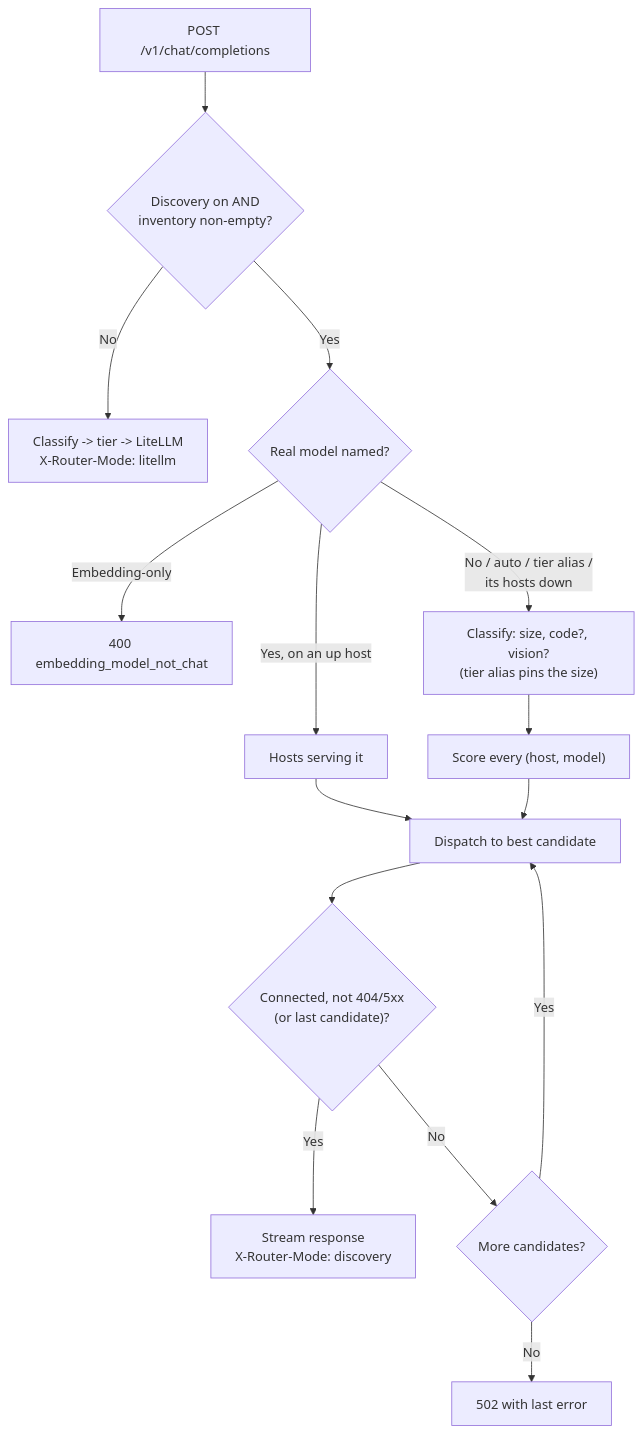
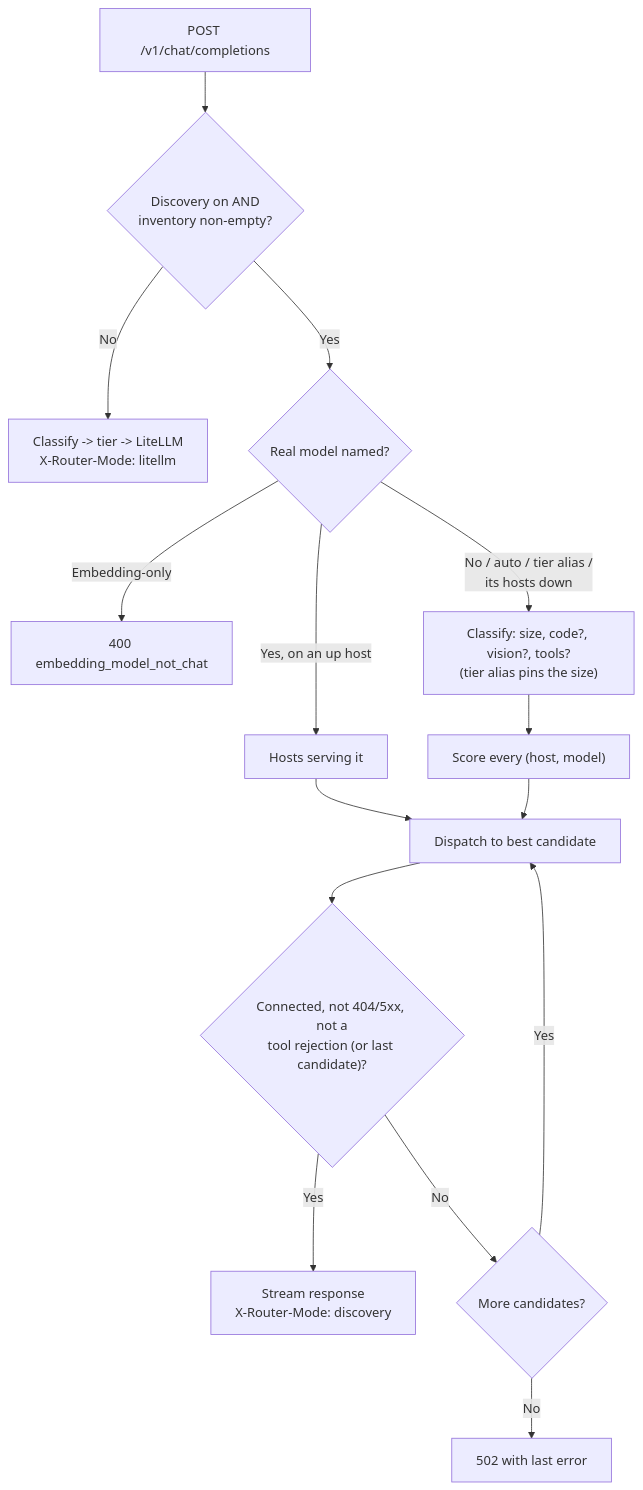
One commit to wwarren/osr changed the third of 4 diagrams in ARCHITECTURE.md. Above: the diagram before and after it, drawn with Mermaid. The commit also changed other lines of this file and 44 other files, not shown here.

````diff
--- a/ARCHITECTURE.md
+++ b/ARCHITECTURE.md
@@ -204,17 +215,17 @@
 ```mermaid
 flowchart TD
     start["POST /v1/chat/completions"] --> disc{"Discovery on AND<br/>inventory non-empty?"}
     disc -->|No| lite["Classify -> tier -> LiteLLM<br/>X-Router-Mode: litellm"]
     disc -->|Yes| named{"Real model named?"}
     named -->|"Yes, on an up host"| hosts["Hosts serving it"]
     named -->|"Embedding-only"| e400["400 embedding_model_not_chat"]
-    named -->|"No / auto / tier alias /<br/>its hosts down"| classify["Classify: size, code?, vision?<br/>(tier alias pins the size)"]
+    named -->|"No / auto / tier alias /<br/>its hosts down"| classify["Classify: size, code?, vision?, tools?<br/>(tier alias pins the size)"]
     classify --> rank["Score every (host, model)"]
     hosts --> dispatch
     rank --> dispatch["Dispatch to best candidate"]
-    dispatch --> ok{"Connected, not 404/5xx<br/>(or last candidate)?"}
+    dispatch --> ok{"Connected, not 404/5xx, not a<br/>tool rejection (or last candidate)?"}
     ok -->|Yes| resp["Stream response<br/>X-Router-Mode: discovery"]
     ok -->|No| next{"More candidates?"}
     next -->|Yes| dispatch
     next -->|No| err["502 with last error"]
 ```
````
